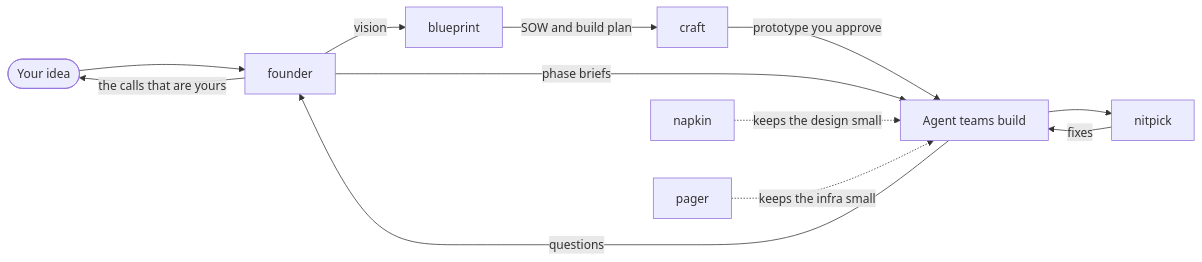
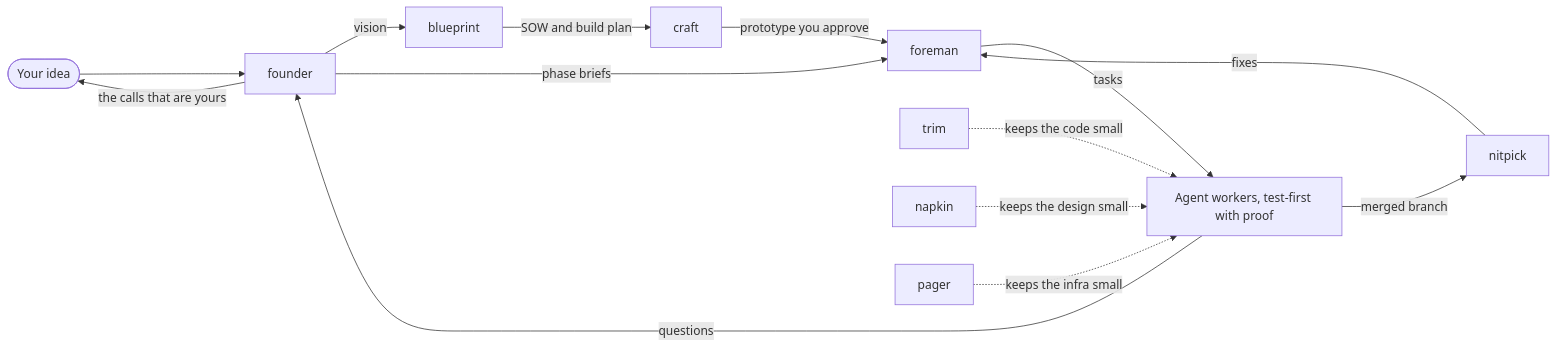
Before and after one commit to OneNomad-LLC/claude-skills: the diagram in README.md, drawn with Mermaid. The commit also changed other lines of this file and 19 other files, not shown here.

Commit message:
add trim, adapted from ponytail, and proof with tdd and debug, and update the readme and guide for all nine plugins

````diff
--- a/README.md
+++ b/README.md
@@ -49,14 +52,16 @@
 ```mermaid
 flowchart LR
   you([Your idea]) --> founder
   founder -->|vision| blueprint
   blueprint -->|SOW and build plan| craft
-  craft -->|prototype you approve| build[Agent teams build]
-  founder -->|phase briefs| build
-  build -->|questions| founder
+  craft -->|prototype you approve| foreman
+  founder -->|phase briefs| foreman
+  foreman -->|tasks| workers[Agent workers, test-first with proof]
+  workers -->|questions| founder
   founder -->|the calls that are yours| you
-  build --> nitpick
-  nitpick -->|fixes| build
-  napkin -.->|keeps the design small| build
-  pager -.->|keeps the infra small| build
+  workers -->|merged branch| nitpick
+  nitpick -->|fixes| foreman
+  trim -.->|keeps the code small| workers
+  napkin -.->|keeps the design small| workers
+  pager -.->|keeps the infra small| workers
 ```
````
